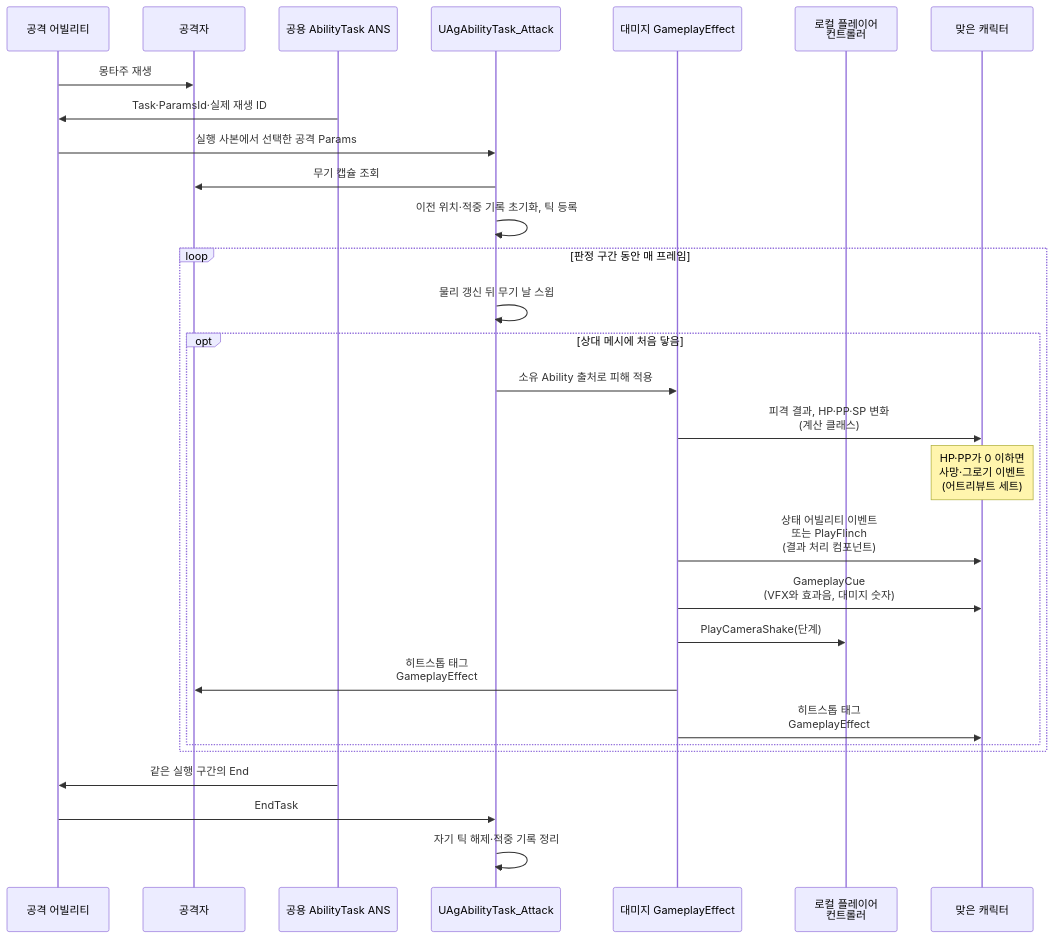
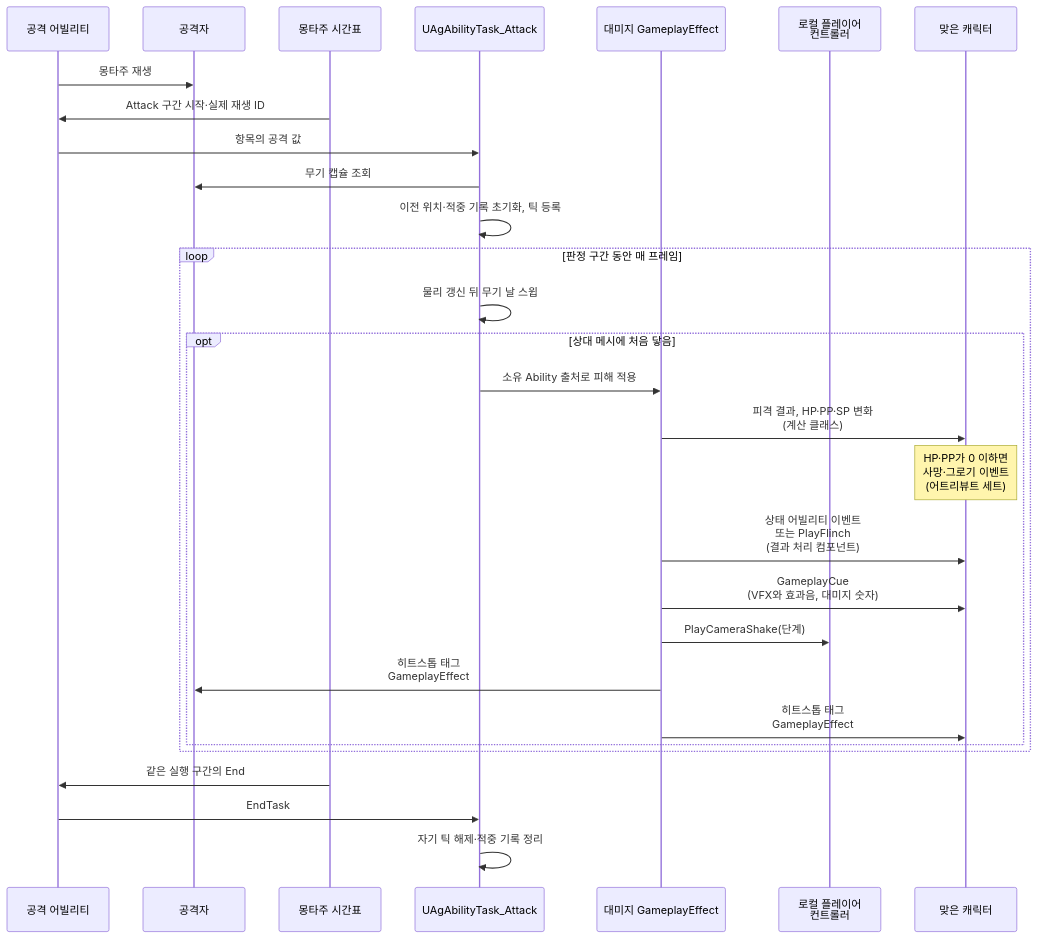
One commit to Woogl/Ag changed the third of 3 diagrams in Docs/Program/대미지와 피격 처리.md. Above: the diagram before and after it, drawn with Mermaid. The commit also changed 87 other files, not shown here.

````diff
--- a/Docs/Program/대미지와 피격 처리.md
+++ b/Docs/Program/대미지와 피격 처리.md
@@ -71,31 +71,31 @@
 ```mermaid
 sequenceDiagram
     participant GA as 공격 어빌리티
     participant A as 공격자
-    participant N as 공용 AbilityTask ANS
+    participant N as 몽타주 시간표
     participant AT as UAgAbilityTask_Attack
     participant G as 대미지 GameplayEffect
     participant P as 로컬 플레이어<br>컨트롤러
     participant T as 맞은 캐릭터
     GA->>A: 몽타주 재생
-    N->>GA: Task·ParamsId·실제 재생 ID
-    GA->>AT: 실행 사본에서 선택한 공격 Params
+    N->>GA: Attack 구간 시작·실제 재생 ID
+    GA->>AT: 항목의 공격 값
     AT->>A: 무기 캡슐 조회
     AT->>AT: 이전 위치·적중 기록 초기화, 틱 등록
     loop 판정 구간 동안 매 프레임
         AT->>AT: 물리 갱신 뒤 무기 날 스윕
         opt 상대 메시에 처음 닿음
             AT->>G: 소유 Ability 출처로 피해 적용
             G->>T: 피격 결과, HP·PP·SP 변화<br>(계산 클래스)
             Note over T: HP·PP가 0 이하면<br>사망·그로기 이벤트<br>(어트리뷰트 세트)
             G->>T: 상태 어빌리티 이벤트<br>또는 PlayFlinch<br>(결과 처리 컴포넌트)
             G->>T: GameplayCue<br>(VFX와 효과음, 대미지 숫자)
             G->>P: PlayCameraShake(단계)
             G->>A: 히트스톱 태그<br>GameplayEffect
             G->>T: 히트스톱 태그<br>GameplayEffect
         end
     end
     N->>GA: 같은 실행 구간의 End
     GA->>AT: EndTask
     AT->>AT: 자기 틱 해제·적중 기록 정리
 ```
````
